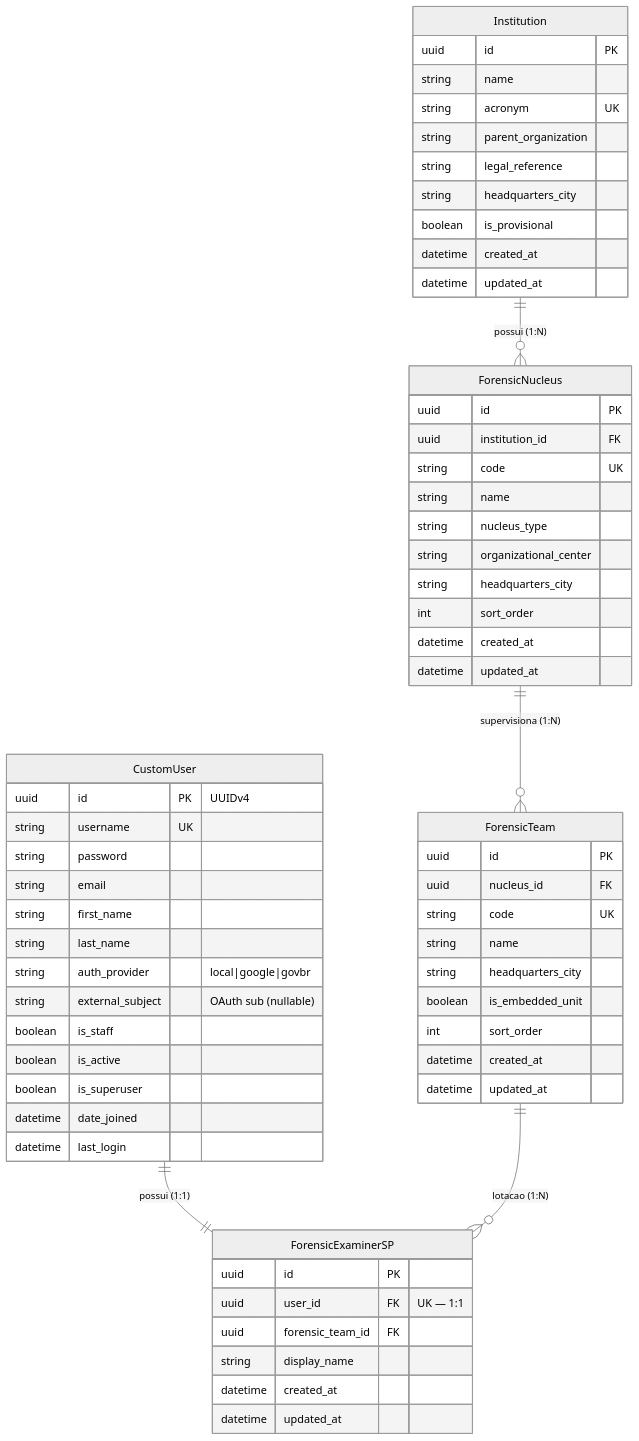
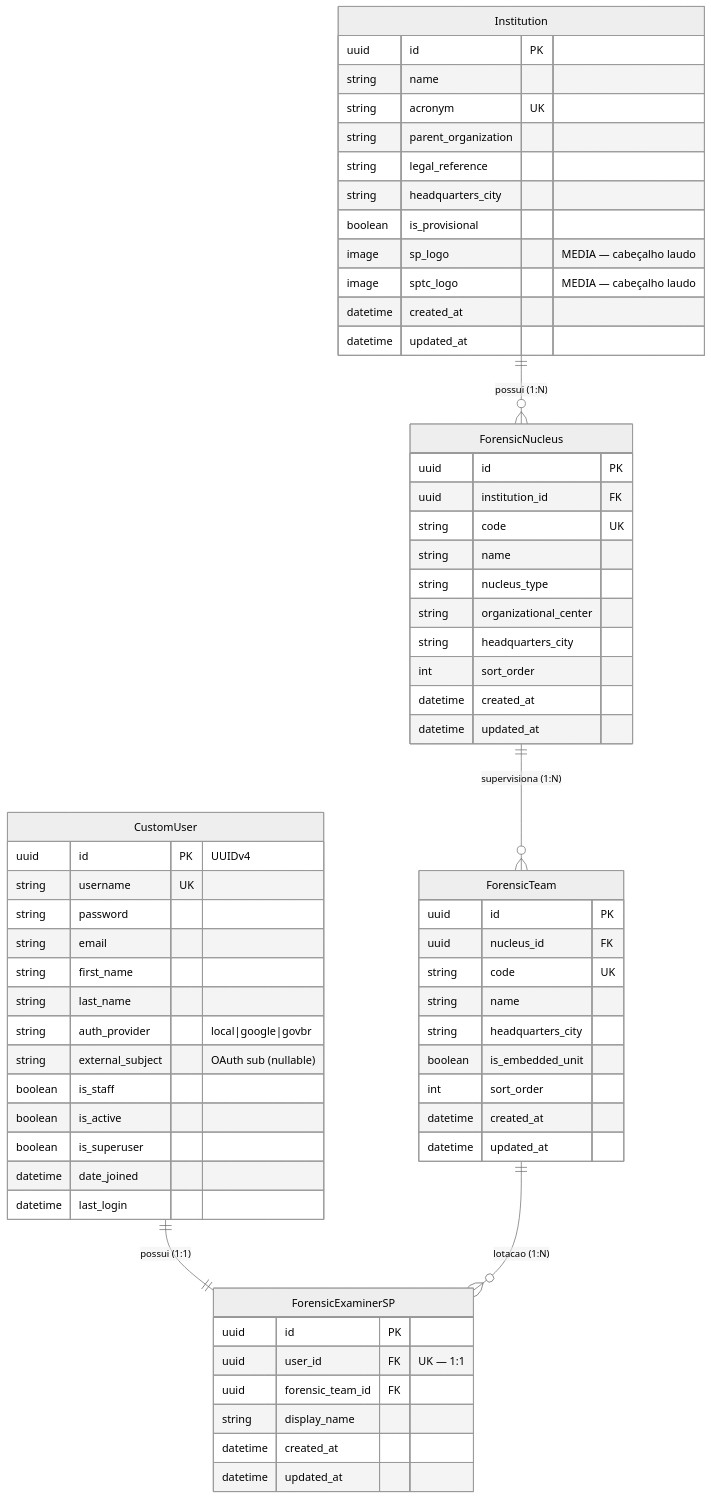
The first of 2 diagrams in docs/architecture/02-data-model.md (PeritoCriminal/reportline), drawn with Mermaid (neutral theme) before and after one commit. The commit also changed other lines of this file and 14 other files, not shown here.

````diff
--- a/docs/architecture/02-data-model.md
+++ b/docs/architecture/02-data-model.md
@@ -18,69 +18,71 @@
 ```mermaid
 erDiagram
     CustomUser {
         uuid id PK "UUIDv4"
         string username UK
         string password
         string email
         string first_name
         string last_name
         string auth_provider "local|google|govbr"
         string external_subject "OAuth sub (nullable)"
         boolean is_staff
         boolean is_active
         boolean is_superuser
         datetime date_joined
         datetime last_login
     }
 
     Institution {
         uuid id PK
         string name
         string acronym UK
         string parent_organization
         string legal_reference
         string headquarters_city
         boolean is_provisional
+        image sp_logo "MEDIA — cabeçalho laudo"
+        image sptc_logo "MEDIA — cabeçalho laudo"
         datetime created_at
         datetime updated_at
     }
 
     ForensicNucleus {
         uuid id PK
         uuid institution_id FK
         string code UK
         string name
         string nucleus_type
         string organizational_center
         string headquarters_city
         int sort_order
         datetime created_at
         datetime updated_at
     }
 
     ForensicTeam {
         uuid id PK
         uuid nucleus_id FK
         string code UK
         string name
         string headquarters_city
         boolean is_embedded_unit
         int sort_order
         datetime created_at
         datetime updated_at
     }
 
     ForensicExaminerSP {
         uuid id PK
         uuid user_id FK "UK — 1:1"
         uuid forensic_team_id FK
         string display_name
         datetime created_at
         datetime updated_at
     }
 
     Institution ||--o{ ForensicNucleus : "possui (1:N)"
     ForensicNucleus ||--o{ ForensicTeam : "supervisiona (1:N)"
     CustomUser ||--|| ForensicExaminerSP : "possui (1:1)"
     ForensicTeam ||--o{ ForensicExaminerSP : "lotacao (1:N)"
 ```
````
